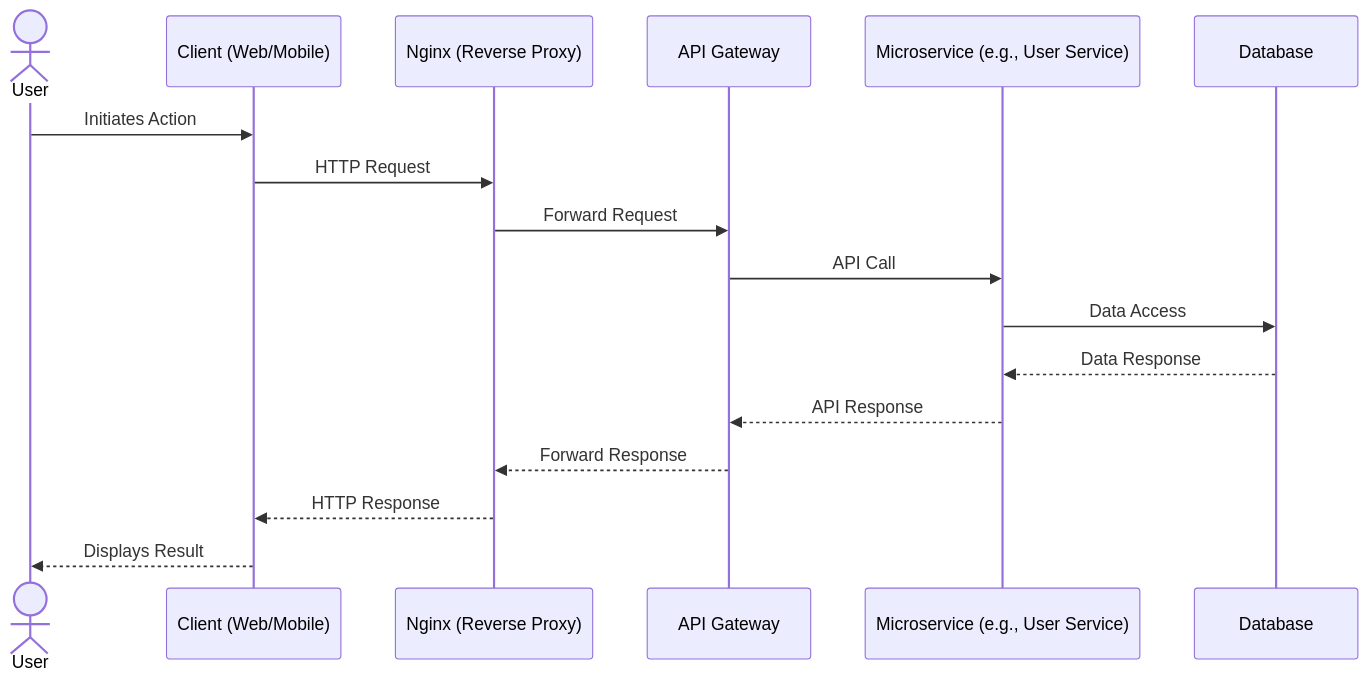
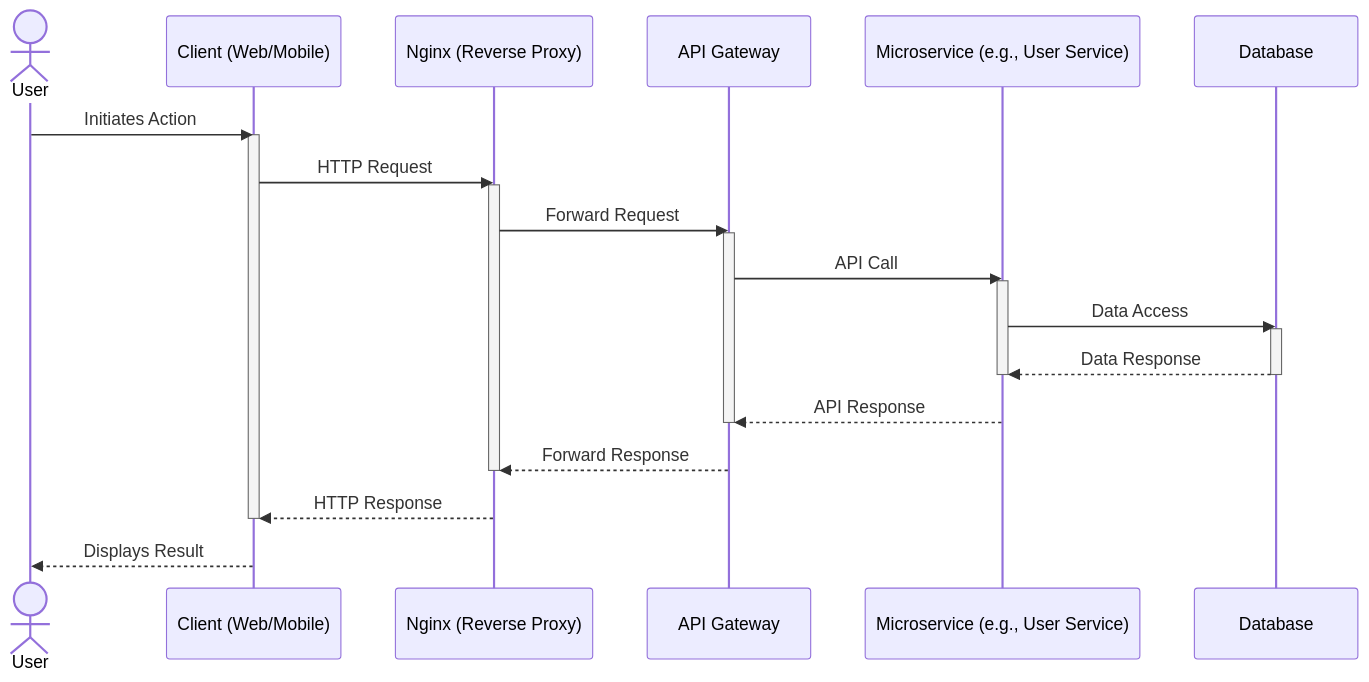
Before and after one commit to hungdev11/Delivery-Coodinating-System-And-Delivery-App: the second of 2 diagrams in reports/3_APIS_AND_FUNCTIONS/diagrams/system_flows.md, drawn with Mermaid. The commit also changed other lines of this file and 11 other files, not shown here.

Commit message:
add processing bar for sequence diagram

````diff
--- a/reports/3_APIS_AND_FUNCTIONS/diagrams/system_flows.md
+++ b/reports/3_APIS_AND_FUNCTIONS/diagrams/system_flows.md
@@ -28,20 +34,30 @@
 ```mermaid
 sequenceDiagram
     actor User
     participant Client as Client (Web/Mobile)
     participant Nginx as Nginx (Reverse Proxy)
     participant APIGateway as API Gateway
     participant Microservice as Microservice (e.g., User Service)
     participant Database as Database
 
     User->>Client: Initiates Action
+    activate Client
     Client->>Nginx: HTTP Request
+    activate Nginx
     Nginx->>APIGateway: Forward Request
+    activate APIGateway
     APIGateway->>Microservice: API Call
+    activate Microservice
     Microservice->>Database: Data Access
+    activate Database
     Database-->>Microservice: Data Response
+    deactivate Database
+    deactivate Microservice
     Microservice-->>APIGateway: API Response
+    deactivate APIGateway
     APIGateway-->>Nginx: Forward Response
+    deactivate Nginx
     Nginx-->>Client: HTTP Response
+    deactivate Client
     Client-->>User: Displays Result
 ```
````
